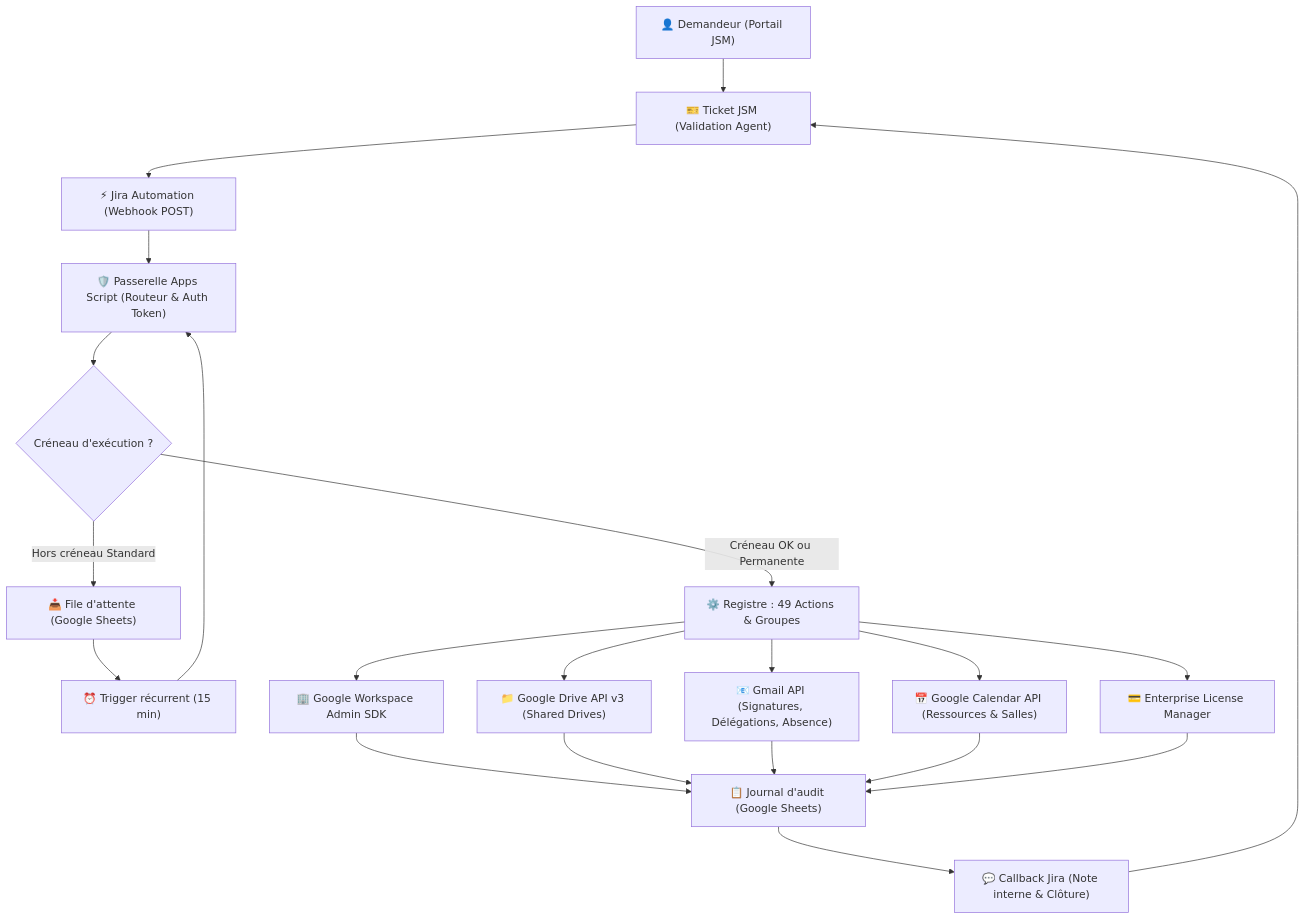
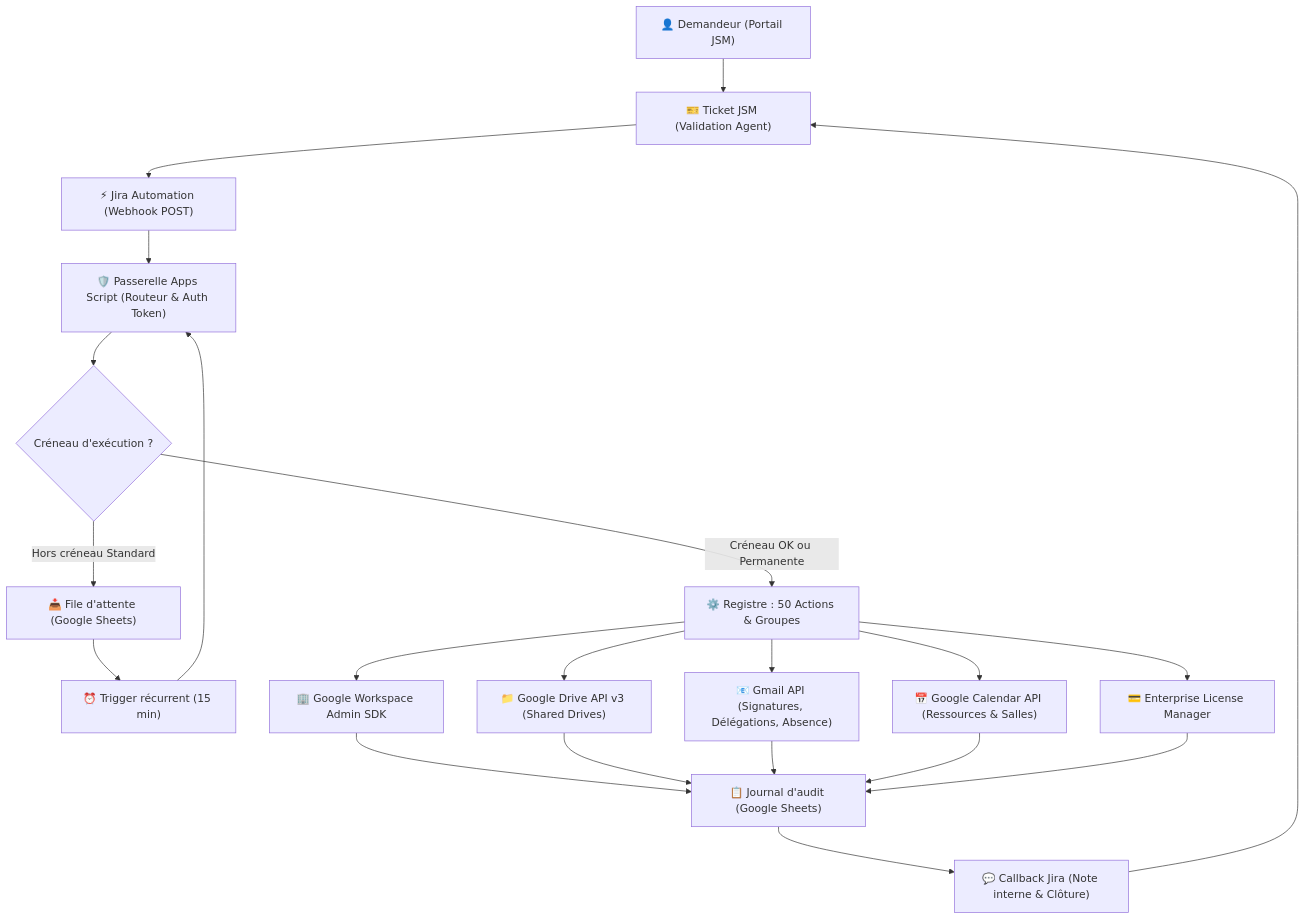
One commit to FabriceFx/jsm-google-workspace-gateway changed the first of 2 diagrams in readme.md. Above: the diagram before and after it, drawn with Mermaid. The commit also changed other lines of this file and 7 other files, not shown here.

````diff
--- a/readme.md
+++ b/readme.md
@@ -40,23 +40,23 @@
 ```mermaid
 flowchart TD
     A["👤 Demandeur (Portail JSM)"] --> B["🎫 Ticket JSM (Validation Agent)"]
     B --> C["⚡ Jira Automation (Webhook POST)"]
     C --> D["🛡️ Passerelle Apps Script (Routeur & Auth Token)"]
     
     D --> E{"Créneau d'exécution ?"}
     E -- "Hors créneau Standard" --> F["📥 File d'attente (Google Sheets)"]
     F --> G["⏰ Trigger récurrent (15 min)"]
     G --> D
     
-    E -- "Créneau OK ou Permanente" --> H["⚙️ Registre : 49 Actions & Groupes"]
+    E -- "Créneau OK ou Permanente" --> H["⚙️ Registre : 50 Actions & Groupes"]
     
     H --> I["🏢 Google Workspace Admin SDK"]
     H --> J["📁 Google Drive API v3 (Shared Drives)"]
     H --> K["📧 Gmail API (Signatures, Délégations, Absence)"]
     H --> L["📅 Google Calendar API (Ressources & Salles)"]
     H --> M["💳 Enterprise License Manager"]
     
     I & J & K & L & M --> N["📋 Journal d'audit (Google Sheets)"]
     N --> O["💬 Callback Jira (Note interne & Clôture)"]
     O --> B
 ```
````
